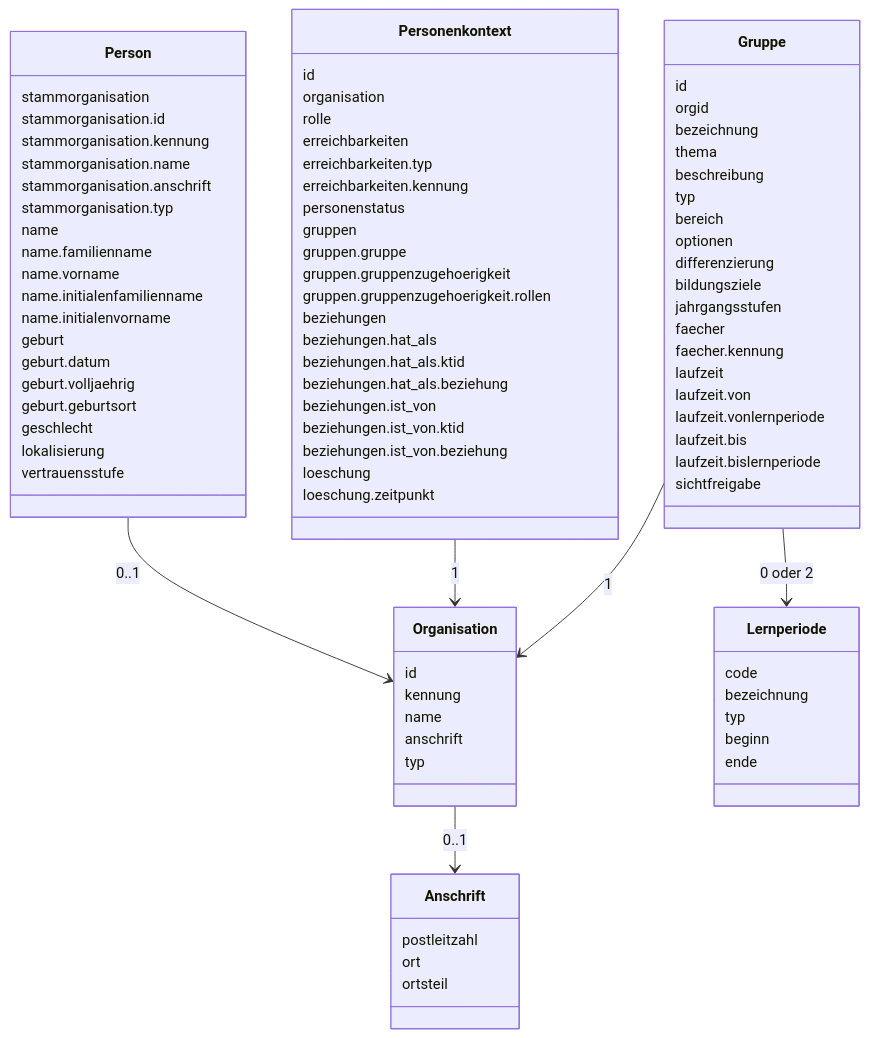
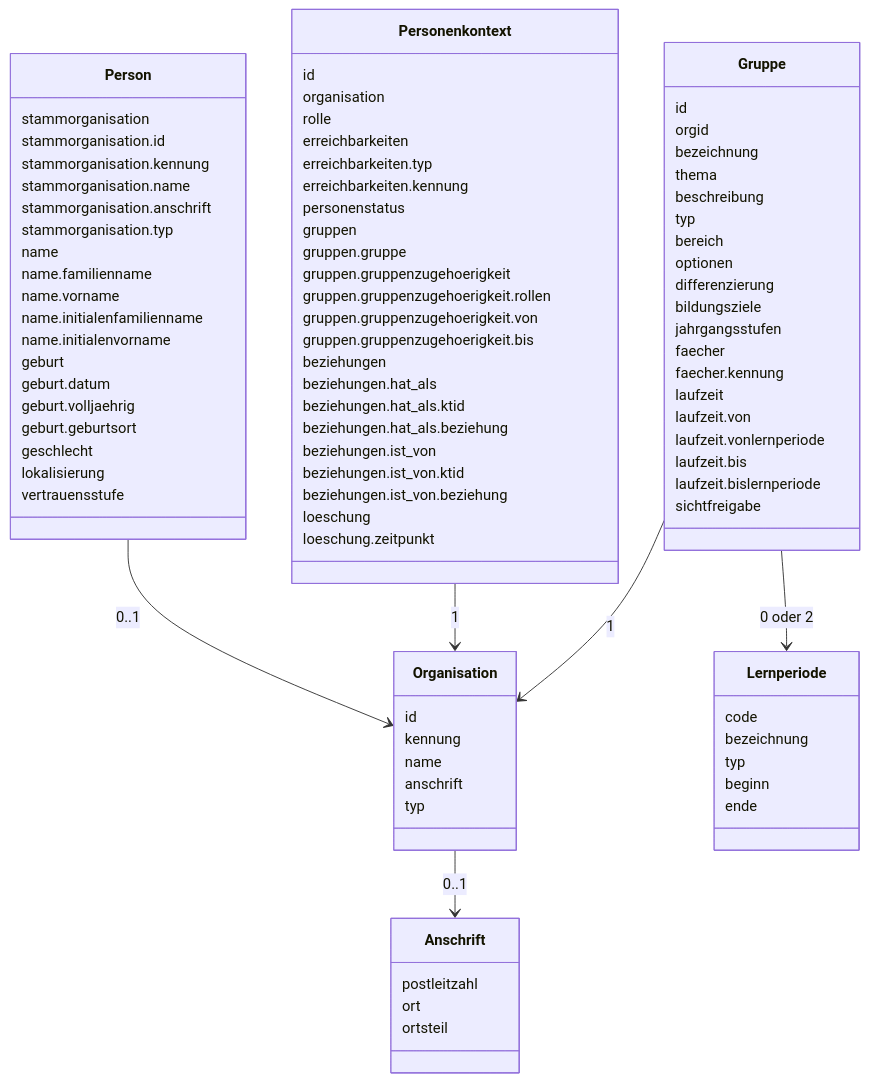
Before and after one commit to Schulconnex/Schulconnex: the diagram in docs/angepasstes-datenmodell/angepasstes-datenmodell.md, drawn with Mermaid. The commit also changed 2 other files, not shown here.

Commit message:
Auslieferung von Beginn und Ende einer Gruppenzugehörigkeit #114
https://github.com/Schulconnex/Schulconnex/issues/114

```diff
--- a/docs/angepasstes-datenmodell/angepasstes-datenmodell.md
+++ b/docs/angepasstes-datenmodell/angepasstes-datenmodell.md
@@ -65,6 +65,8 @@
     gruppen.gruppe
     gruppen.gruppenzugehoerigkeit
     gruppen.gruppenzugehoerigkeit.rollen
+    gruppen.gruppenzugehoerigkeit.von
+    gruppen.gruppenzugehoerigkeit.bis
     beziehungen
     beziehungen.hat_als
     beziehungen.hat_als.ktid
```
